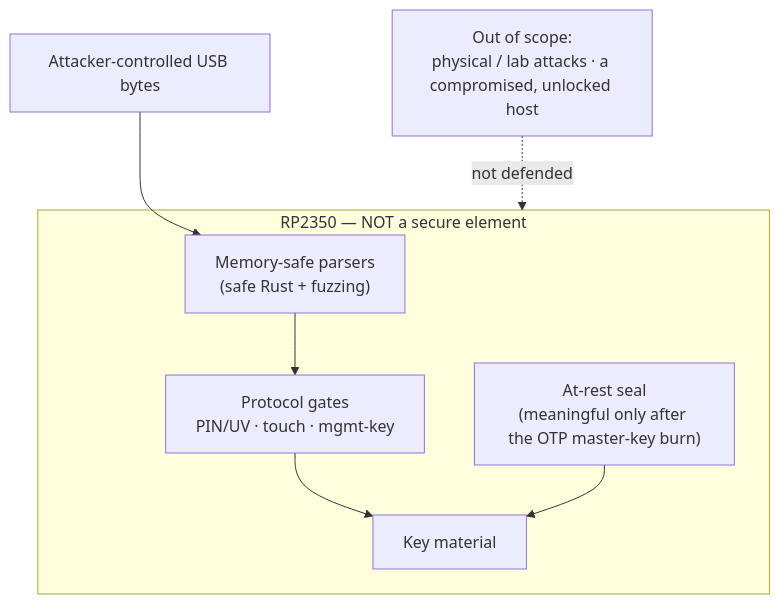
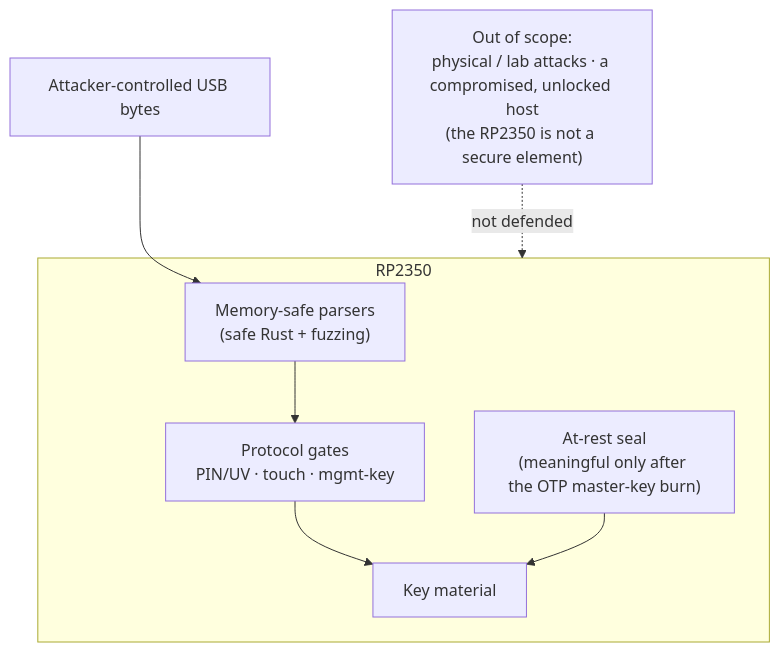
The first of 2 diagrams in docs/threat-model.md (librekeys/RS-Key), drawn with Mermaid before and after one commit. The commit also changed 3 other files, not shown here.

````diff
--- a/docs/threat-model.md
+++ b/docs/threat-model.md
@@ -7,15 +7,15 @@
 ```mermaid
 flowchart TB
     attacker["Attacker-controlled USB bytes"]
-    oos["Out of scope:<br/>physical / lab attacks · a compromised, unlocked host"]
-    subgraph rp["RP2350 — NOT a secure element"]
+    oos["Out of scope:<br/>physical / lab attacks · a compromised, unlocked host<br/>(the RP2350 is not a secure element)"]
+    subgraph rp["RP2350"]
       parse["Memory-safe parsers<br/>(safe Rust + fuzzing)"]
       gates["Protocol gates<br/>PIN/UV · touch · mgmt-key"]
       keys["Key material"]
       seal["At-rest seal<br/>(meaningful only after the OTP master-key burn)"]
       parse --> gates --> keys
       seal --> keys
     end
     attacker --> parse
     oos -. not defended .-> rp
 ```
````
